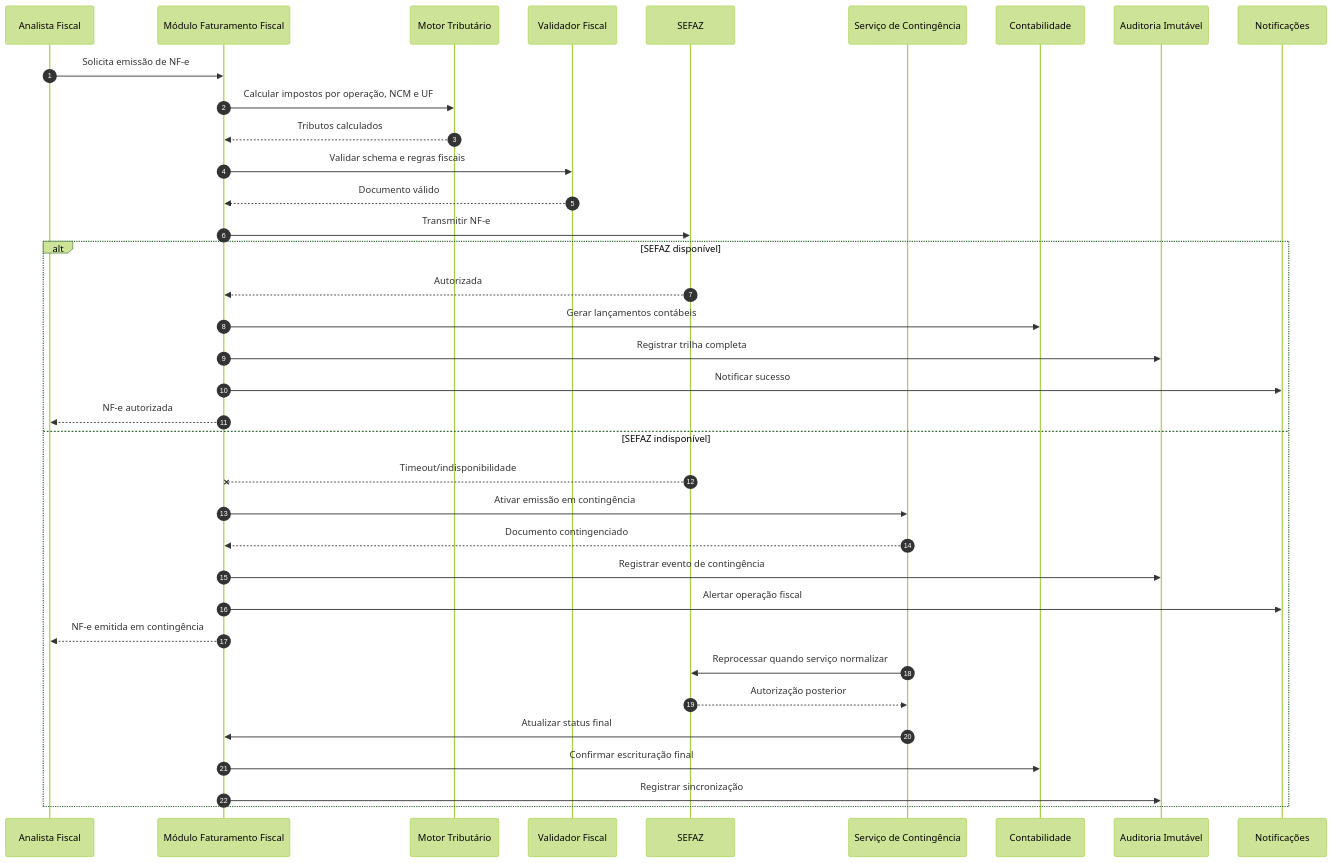
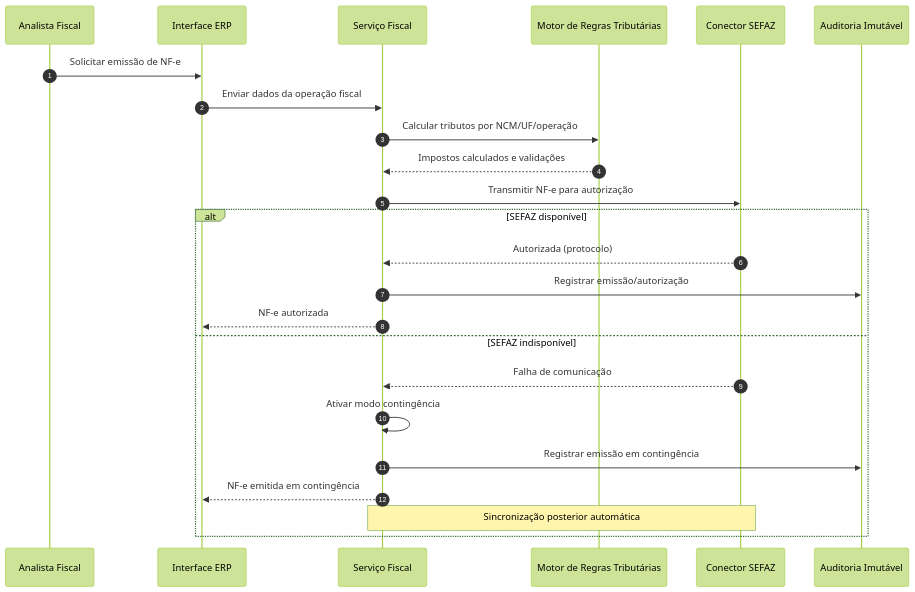
Before and after one commit to PDC-ESIA/AI4ES: the third of 3 diagrams in docs/Time_2_Design/analise-qualitativa/outputs/relatorio_gpt_5_3_codex_G03.md, drawn with Mermaid (forest theme). The commit also changed other lines of this file and 107 other files, not shown here.

````diff
--- a/docs/Time_2_Design/analise-qualitativa/outputs/relatorio_gpt_5_3_codex_G03.md
+++ b/docs/Time_2_Design/analise-qualitativa/outputs/relatorio_gpt_5_3_codex_G03.md
@@ -124,40 +111,27 @@
 ```mermaid
 sequenceDiagram
     autonumber
     participant AF as Analista Fiscal
-    participant FAT as Módulo Faturamento Fiscal
-    participant TRB as Motor Tributário
-    participant VAL as Validador Fiscal
-    participant SFA as SEFAZ
-    participant CTG as Serviço de Contingência
-    participant CNT as Contabilidade
+    participant UI as Interface ERP
+    participant FIS as Serviço Fiscal
+    participant TRB as Motor de Regras Tributárias
+    participant GOV as Conector SEFAZ
     participant AUD as Auditoria Imutável
-    participant NTF as Notificações
 
-    AF->>FAT: Solicita emissão de NF-e
-    FAT->>TRB: Calcular impostos por operação, NCM e UF
-    TRB-->>FAT: Tributos calculados
-    FAT->>VAL: Validar schema e regras fiscais
-    VAL-->>FAT: Documento válido
-
-    FAT->>SFA: Transmitir NF-e
+    AF->>UI: Solicitar emissão de NF-e
+    UI->>FIS: Enviar dados da operação fiscal
+    FIS->>TRB: Calcular tributos por NCM/UF/operação
+    TRB-->>FIS: Impostos calculados e validações
+    FIS->>GOV: Transmitir NF-e para autorização
     alt SEFAZ disponível
-        SFA-->>FAT: Autorizada
-        FAT->>CNT: Gerar lançamentos contábeis
-        FAT->>AUD: Registrar trilha completa
-        FAT->>NTF: Notificar sucesso
-        FAT-->>AF: NF-e autorizada
+        GOV-->>FIS: Autorizada (protocolo)
+        FIS->>AUD: Registrar emissão/autorização
+        FIS-->>UI: NF-e autorizada
     else SEFAZ indisponível
-        SFA--x FAT: Timeout/indisponibilidade
-        FAT->>CTG: Ativar emissão em contingência
-        CTG-->>FAT: Documento contingenciado
-        FAT->>AUD: Registrar evento de contingência
-        FAT->>NTF: Alertar operação fiscal
-        FAT-->>AF: NF-e emitida em contingência
-        CTG->>SFA: Reprocessar quando serviço normalizar
-        SFA-->>CTG: Autorização posterior
-        CTG->>FAT: Atualizar status final
-        FAT->>CNT: Confirmar escrituração final
-        FAT->>AUD: Registrar sincronização
+        GOV-->>FIS: Falha de comunicação
+        FIS->>FIS: Ativar modo contingência
+        FIS->>AUD: Registrar emissão em contingência
+        FIS-->>UI: NF-e emitida em contingência
+        Note over FIS,GOV: Sincronização posterior automática
     end
 ```
````
